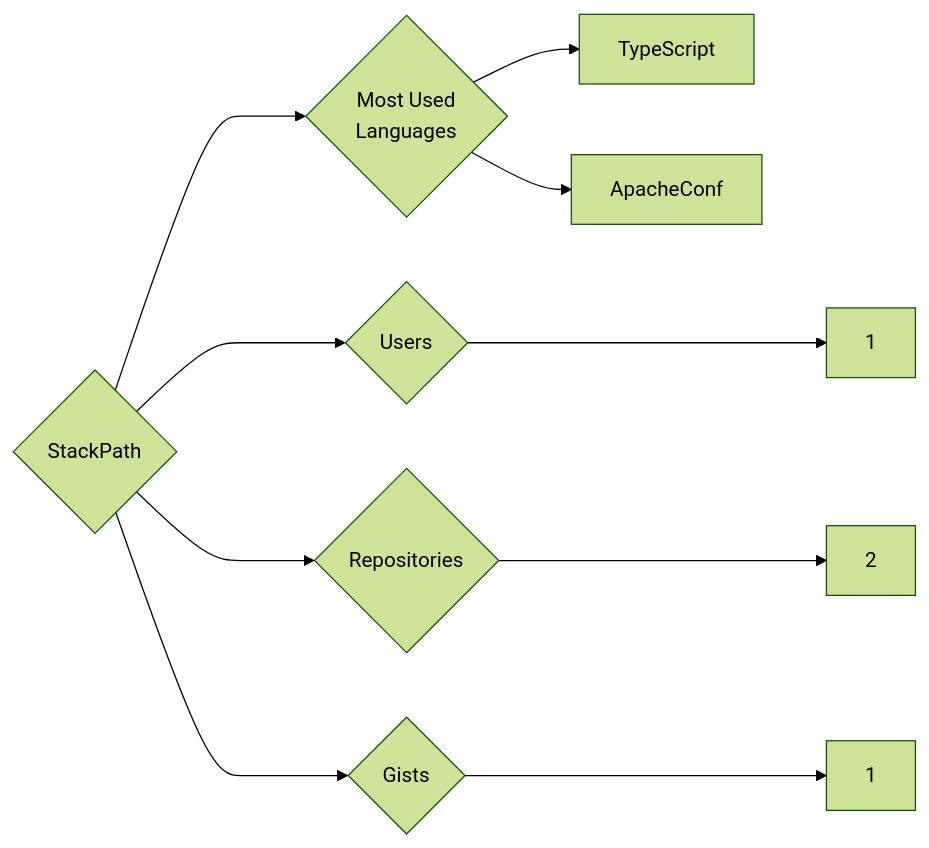
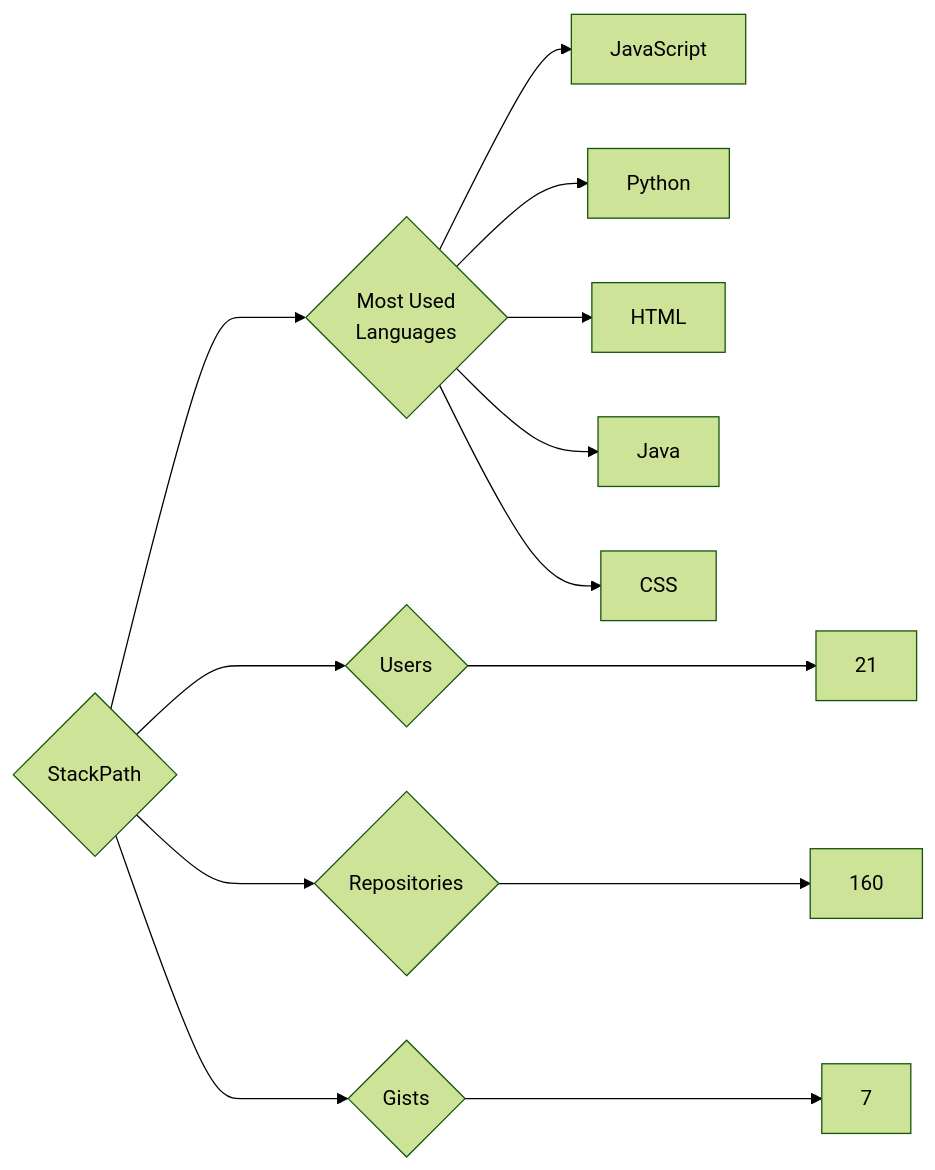
The diagram in targets/StackPath/README.md (trickest/insiders), drawn with Mermaid (forest theme) before and after one commit. The commit also changed 597 other files, not shown here.

````diff
--- a/targets/StackPath/README.md
+++ b/targets/StackPath/README.md
@@ -3,10 +3,13 @@
 ```mermaid
 graph LR
 COMPANY_NAME{StackPath}
-COMPANY_NAME ---> U{Users} ---> UN[1]
-COMPANY_NAME ---> R{Repositories} ---> RN[2]
-COMPANY_NAME ---> G{Gists} ---> GN[1]
+COMPANY_NAME ---> U{Users} ---> UN[21]
+COMPANY_NAME ---> R{Repositories} ---> RN[160]
+COMPANY_NAME ---> G{Gists} ---> GN[7]
 COMPANY_NAME ---> ML{Most Used<br>Languages}
-ML --> TypeScript[TypeScript]
-ML --> ApacheConf[ApacheConf]
+ML --> JavaScript[JavaScript]
+ML --> Python[Python]
+ML --> HTML[HTML]
+ML --> Java[Java]
+ML --> CSS[CSS]
 ```
````
